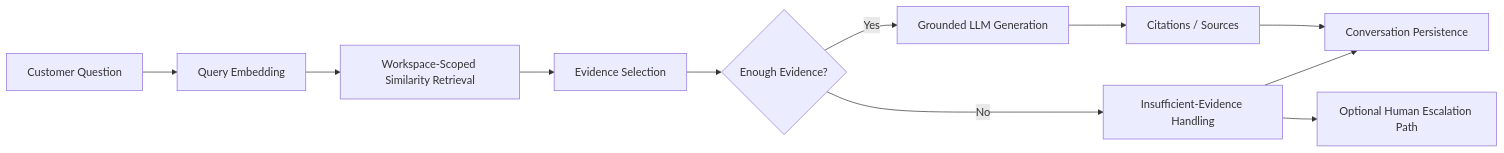
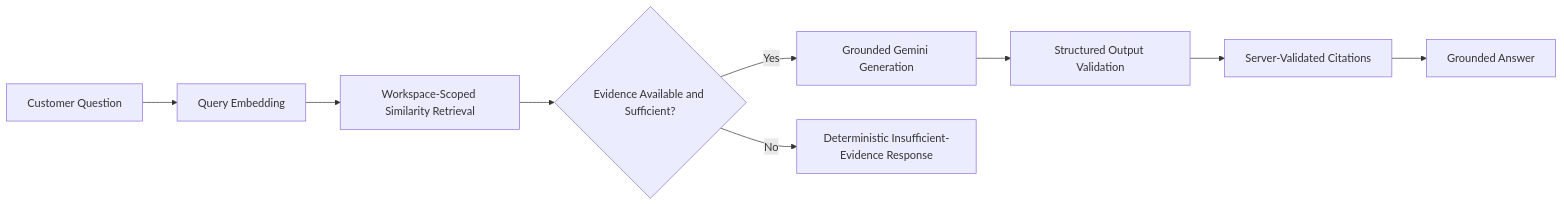
The fourth of 6 diagrams in docs/ARCHITECTURE.md (TheVJ0000/SupportPilot-AI), drawn with Mermaid before and after one commit. The commit also changed other lines of this file and 18 other files, not shown here.

Commit message:
Add grounded RAG answer generation

````diff
--- a/docs/ARCHITECTURE.md
+++ b/docs/ARCHITECTURE.md
@@ -120,13 +120,11 @@
 ```mermaid
 flowchart LR
     Q[Customer Question] --> QE[Query Embedding]
     QE --> RET[Workspace-Scoped Similarity Retrieval]
-    RET --> EV[Evidence Selection]
-    EV --> CHECK{Enough Evidence?}
-    CHECK -- Yes --> GEN[Grounded LLM Generation]
-    GEN --> CIT[Citations / Sources]
-    CIT --> SAVE[Conversation Persistence]
-    CHECK -- No --> FALLBACK[Insufficient-Evidence Handling]
-    FALLBACK --> SAVE
-    FALLBACK --> ESC[Optional Human Escalation Path]
+    RET --> CHECK{Evidence Available and Sufficient?}
+    CHECK -- Yes --> GEN[Grounded Gemini Generation]
+    GEN --> VALIDATE[Structured Output Validation]
+    VALIDATE --> CIT[Server-Validated Citations]
+    CIT --> ANSWER[Grounded Answer]
+    CHECK -- No --> FALLBACK[Deterministic Insufficient-Evidence Response]
 ```
````
